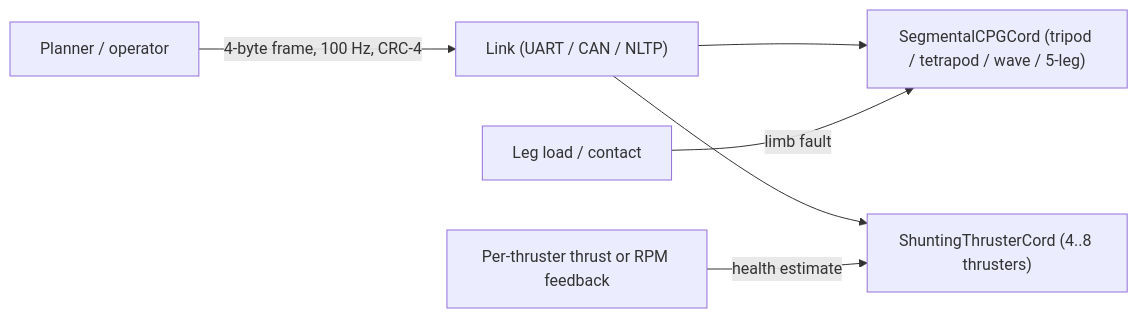
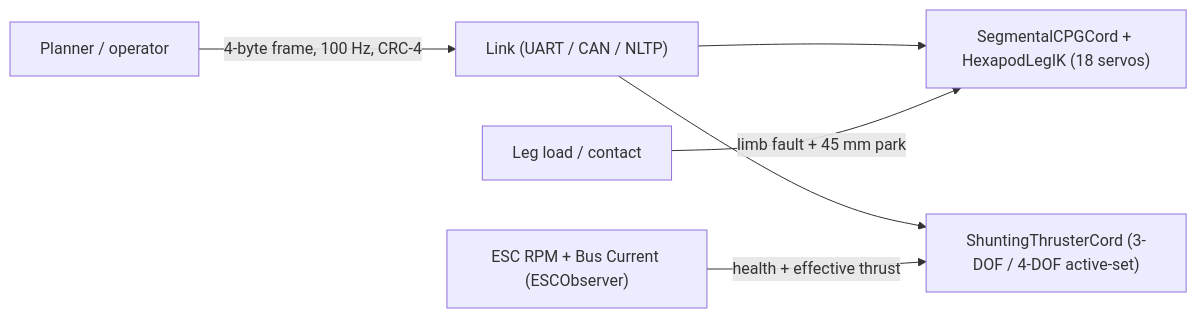
Before and after one commit to indian-aman/necklink: the diagram in packages/neckcord/README.md, drawn with Mermaid. The commit also changed other lines of this file and 131 other files, not shown here.

````diff
--- a/packages/neckcord/README.md
+++ b/packages/neckcord/README.md
@@ -38,8 +40,8 @@
 ```mermaid
 flowchart LR
     A["Planner / operator"] -->|"4-byte frame, 100 Hz, CRC-4"| B["Link (UART / CAN / NLTP)"]
-    B --> C["SegmentalCPGCord (tripod / tetrapod / wave / 5-leg)"]
-    B --> D["ShuntingThrusterCord (4..8 thrusters)"]
-    E["Per-thruster thrust or RPM feedback"] -->|"health estimate"| D
-    F["Leg load / contact"] -->|"limb fault"| C
+    B --> C["SegmentalCPGCord + HexapodLegIK (18 servos)"]
+    B --> D["ShuntingThrusterCord (3-DOF / 4-DOF active-set)"]
+    E["ESC RPM + Bus Current (ESCObserver)"] -->|"health + effective thrust"| D
+    F["Leg load / contact"] -->|"limb fault + 45 mm park"| C
 ```
````
